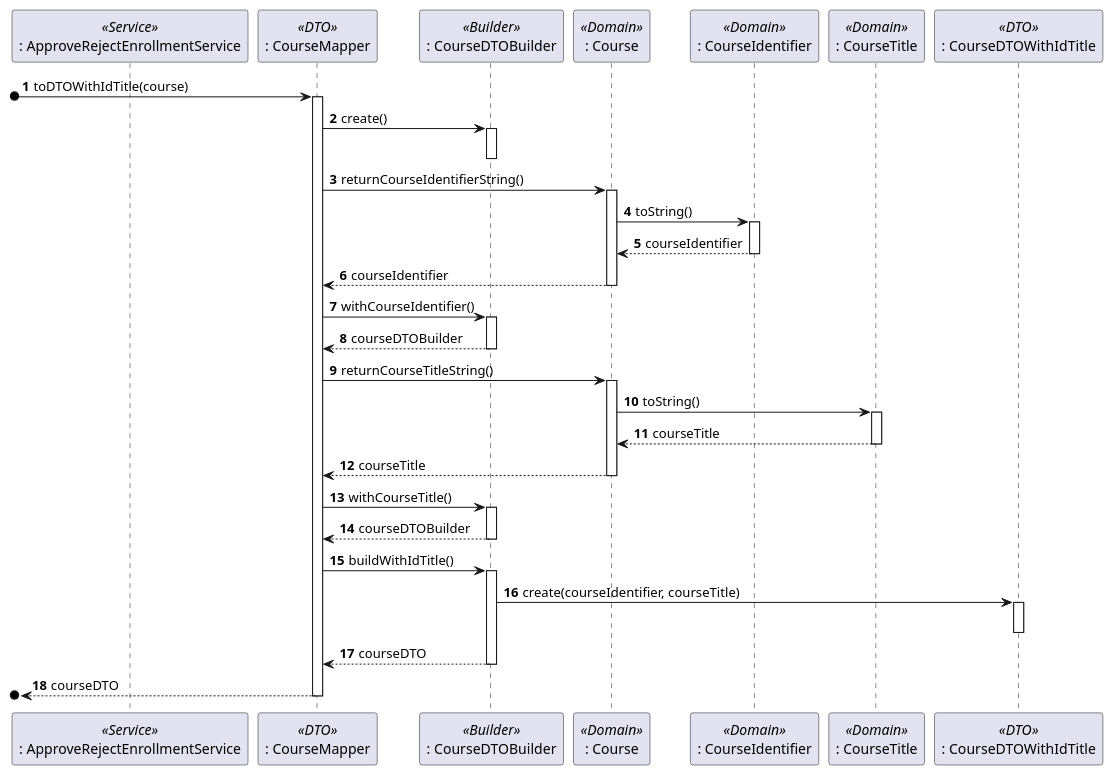
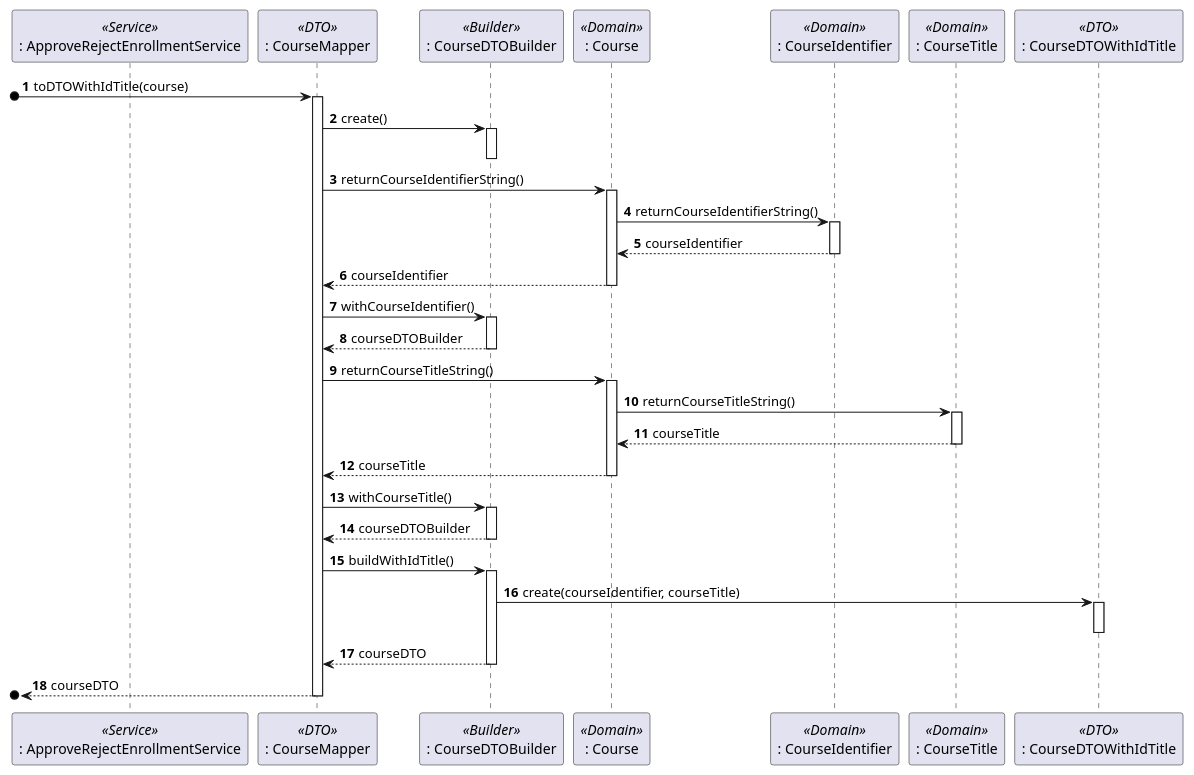
One commit to Marco-Nobrega-Andrade/sem4pi_22_23 changed the diagram in docs/Sprint_B/us_1009/us_1009_SD_CourseDTO.puml. Above: the diagram before and after it, drawn with PlantUML. The commit also changed 1 other file, not shown here.

```diff
--- a/docs/Sprint_B/us_1009/us_1009_SD_CourseDTO.puml
+++ b/docs/Sprint_B/us_1009/us_1009_SD_CourseDTO.puml
@@ -1,53 +1,53 @@
 @startuml
 autonumber
 
 participant ": ApproveRejectEnrollmentService" as ARES <<Service>>
 participant ": CourseMapper" as CM <<DTO>>
 participant ": CourseDTOBuilder" as CB <<Builder>>
 participant ": Course" as C <<Domain>>
 
 participant ": CourseIdentifier" as CI <<Domain>>
 participant ": CourseTitle" as CT <<Domain>>
 participant ": CourseDTOWithIdTitle" as CDTO <<DTO>>
 
 [o-> CM : toDTOWithIdTitle(course)
 activate CM
 CM -> CB : create()
 activate CB
 deactivate CB
 CM -> C : returnCourseIdentifierString()
 activate C
-C -> CI : toString()
+C -> CI : returnCourseIdentifierString()
 activate CI
 CI --> C : courseIdentifier
 deactivate CI
 C --> CM : courseIdentifier
 deactivate C
 CM -> CB : withCourseIdentifier()
 activate CB
 CB --> CM : courseDTOBuilder
 deactivate CB
 CM -> C : returnCourseTitleString()
 activate C
-C -> CT : toString()
+C -> CT : returnCourseTitleString()
 activate CT
 CT --> C : courseTitle
 deactivate CT
 C --> CM : courseTitle
 deactivate C
 CM -> CB : withCourseTitle()
 activate CB
 
 CB --> CM : courseDTOBuilder
 deactivate CB
 CM -> CB : buildWithIdTitle()
 activate CB
 CB -> CDTO : create(courseIdentifier, courseTitle)
 activate CDTO
 deactivate CDTO
 CB --> CM : courseDTO
 deactivate CB
 CM -->o[ : courseDTO
 deactivate CM
 
 @enduml
```
